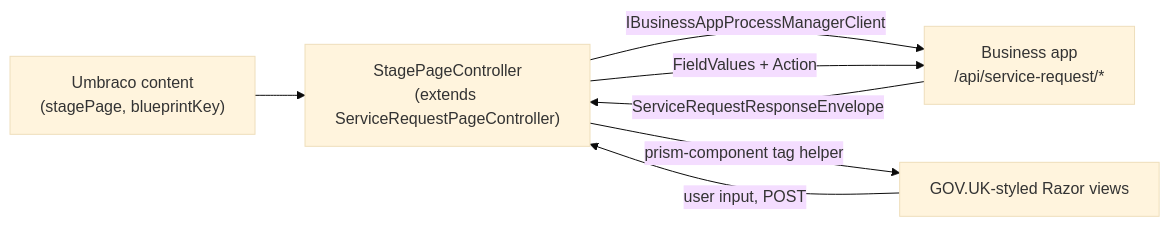
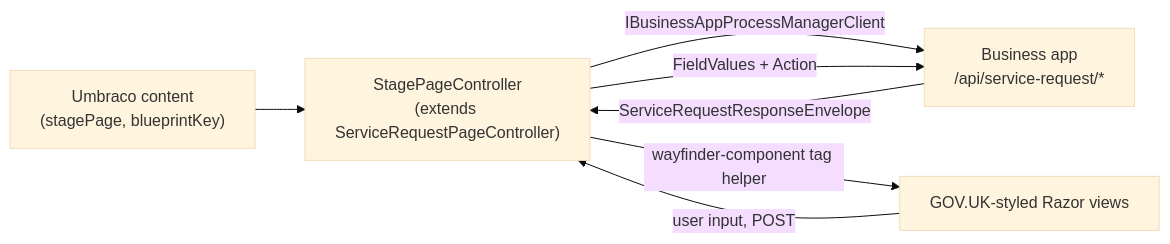
Before and after one commit to jonnymuir/Umbraco.Prism: the diagram in docs/guides/service-blueprint-setup.md, drawn with Mermaid (base theme). The commit also changed other lines of this file and 20 other files, not shown here.

````diff
--- a/docs/guides/service-blueprint-setup.md
+++ b/docs/guides/service-blueprint-setup.md
@@ -21,9 +21,9 @@
 ```mermaid
 graph LR
     A["Umbraco content<br/>(stagePage, blueprintKey)"] --> B["StagePageController<br/>(extends ServiceRequestPageController)"]
     B -->|IBusinessAppProcessManagerClient| C["Business app<br/>/api/service-request/*"]
     C -->|ServiceRequestResponseEnvelope| B
-    B -->|prism-component tag helper| D["GOV.UK-styled Razor views"]
+    B -->|wayfinder-component tag helper| D["GOV.UK-styled Razor views"]
     D -->|user input, POST| B
     B -->|FieldValues + Action| C
 ```
````
